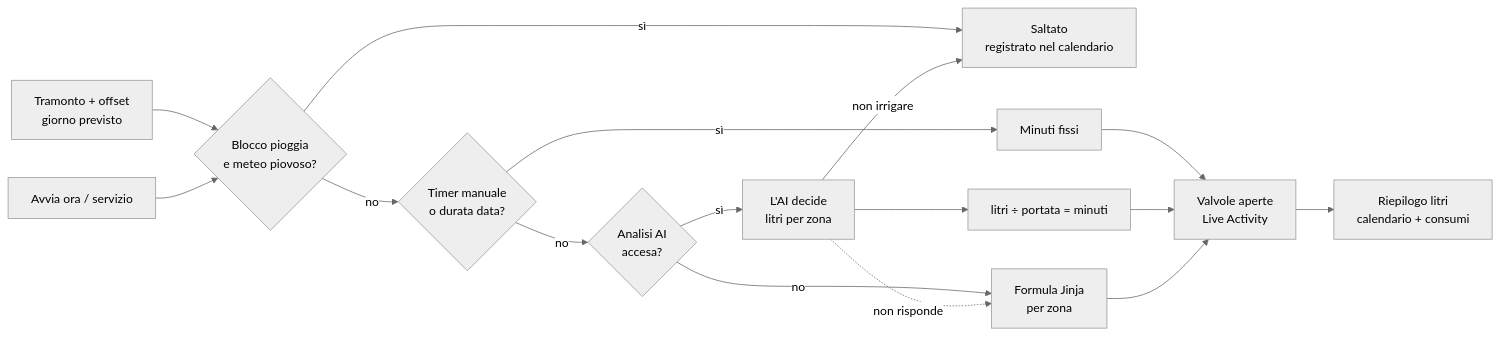
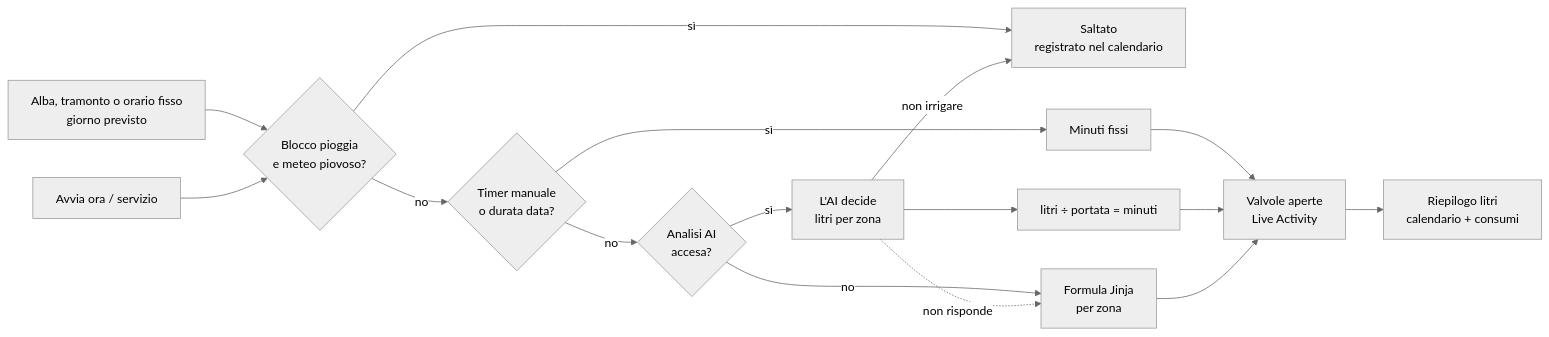
The diagram in README.md (acaonweb/irrigazione-ai), drawn with Mermaid (neutral theme) before and after one commit. The commit also changed other lines of this file and 11 other files, not shown here.

First line of the commit message:
Orario di partenza: tramonto, alba o orario fisso (v0.9.0)

````diff
--- a/README.md
+++ b/README.md
@@ -100,17 +100,17 @@
 ```mermaid
 flowchart LR
-    A[Tramonto + offset<br/>giorno previsto] --> B{Blocco pioggia<br/>e meteo piovoso?}
+    A[Alba, tramonto o orario fisso<br/>giorno previsto] --> B{Blocco pioggia<br/>e meteo piovoso?}
     M[Avvia ora / servizio] --> B
     B -- sì --> X[Saltato<br/>registrato nel calendario]
     B -- no --> C{Timer manuale<br/>o durata data?}
     C -- sì --> F[Minuti fissi]
     C -- no --> D{Analisi AI<br/>accesa?}
     D -- sì --> E[L'AI decide<br/>litri per zona] --> G[litri ÷ portata = minuti]
     D -- no --> H[Formula Jinja<br/>per zona]
     E -. non risponde .-> H
     E -- non irrigare --> X
     F --> R[Valvole aperte<br/>Live Activity]
     G --> R
     H --> R
     R --> Z[Riepilogo litri<br/>calendario + consumi]
 ```
````
